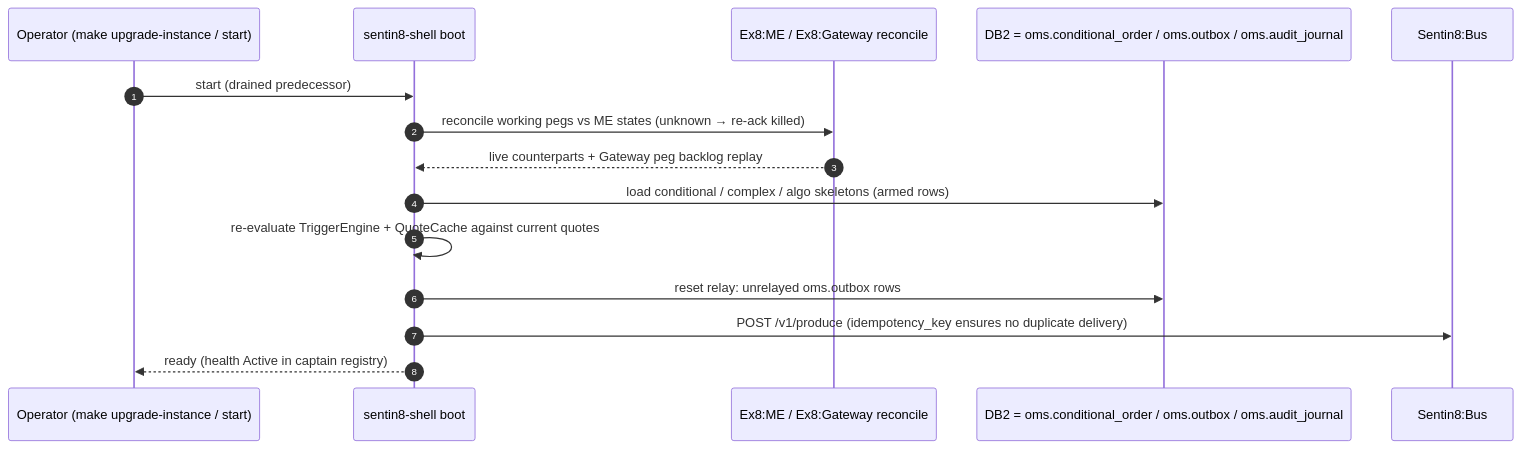
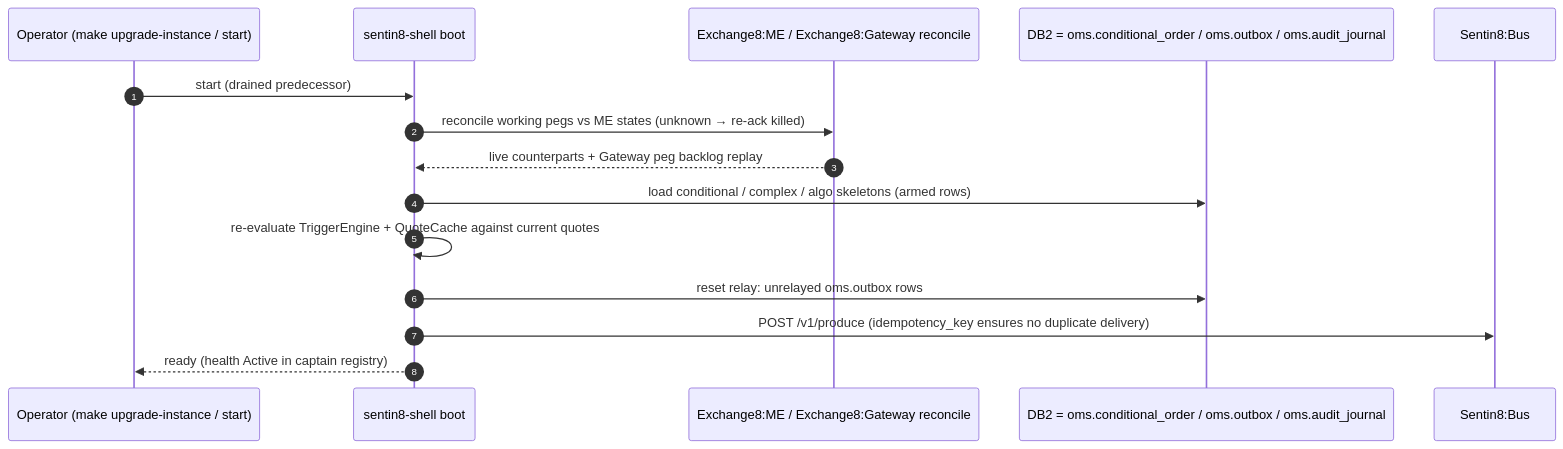
One commit to Exchange8-dev/exchange8-oms changed diagram 14 of 16 in DESIGN.md. Above: the diagram before and after it, drawn with Mermaid. The commit also changed other lines of this file and 13 other files, not shown here.

````diff
--- a/DESIGN.md
+++ b/DESIGN.md
@@ -643,17 +643,17 @@
 ```mermaid
 sequenceDiagram
     autonumber
     participant OPS as Operator (make upgrade-instance / start)
     participant SHELL as sentin8-shell boot
-    participant ME2 as Ex8:ME / Ex8:Gateway reconcile
+    participant ME2 as Exchange8:ME / Exchange8:Gateway reconcile
     participant DB as DB2 = oms.conditional_order / oms.outbox / oms.audit_journal
     participant BUS4 as Sentin8:Bus
     OPS->>SHELL: start (drained predecessor)
     SHELL->>ME2: reconcile working pegs vs ME states (unknown → re-ack killed)
     ME2-->>SHELL: live counterparts + Gateway peg backlog replay
     SHELL->>DB: load conditional / complex / algo skeletons (armed rows)
     SHELL->>SHELL: re-evaluate TriggerEngine + QuoteCache against current quotes
     SHELL->>DB: reset relay: unrelayed oms.outbox rows
     SHELL->>BUS4: POST /v1/produce (idempotency_key ensures no duplicate delivery)
     SHELL-->>OPS: ready (health Active in captain registry)
 ```
````
